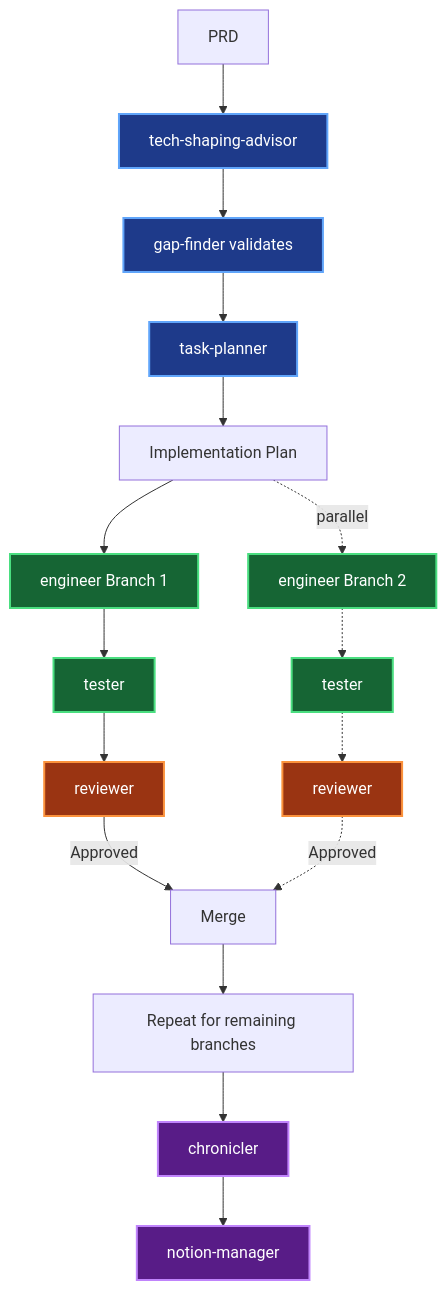
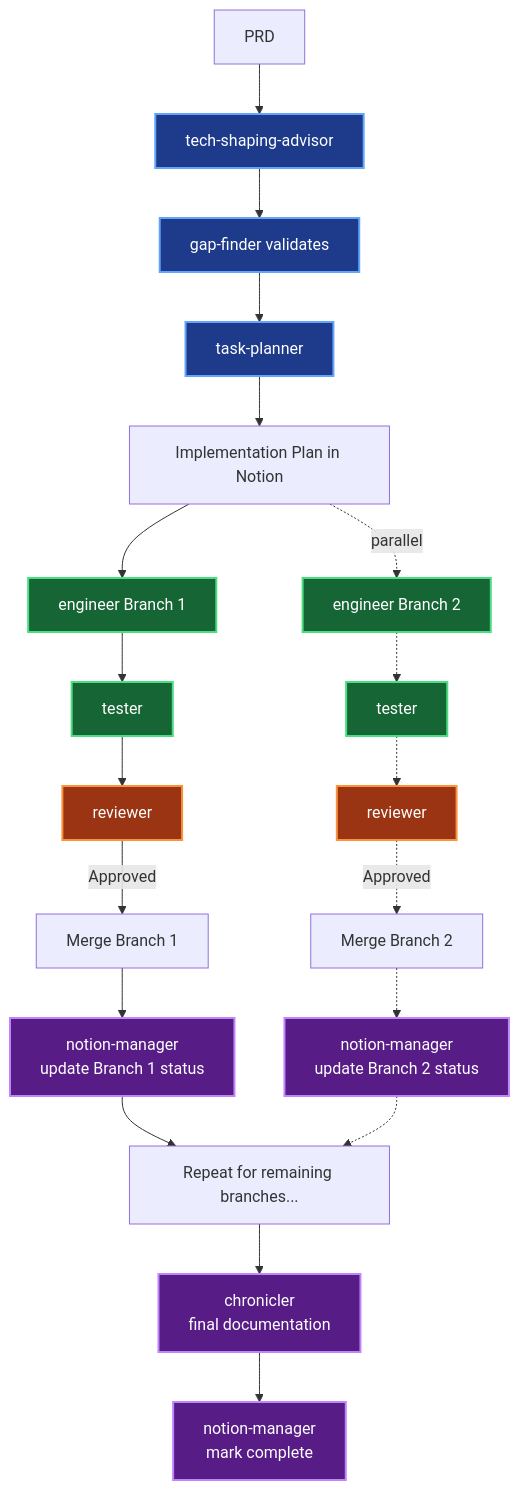
One commit to andymai/claude-agent-team changed the diagram in README.md. Above: the diagram before and after it, drawn with Mermaid.

Commit message:
Show incremental Notion status updates per branch
- notion-manager updates status after each branch merge
- Separate merge nodes for each branch (not single merge point)
- chronicler creates final docs after all branches complete
- Better represents continuous project tracking workflow

````diff
--- a/README.md
+++ b/README.md
@@ -96,33 +96,38 @@
 ```mermaid
 graph TD
     A[PRD] --> B[tech-shaping-advisor]
     B --> C[gap-finder validates]
     C --> D[task-planner]
-    D --> E[Implementation Plan]
+    D --> E[Implementation Plan in Notion]
 
     E --> F[engineer Branch 1]
     E -.->|parallel| G[engineer Branch 2]
 
     F --> H[tester]
     G -.-> I[tester]
 
     H --> J[reviewer]
     I -.-> K[reviewer]
 
-    J -->|Approved| L[Merge]
-    K -.->|Approved| L
+    J -->|Approved| L[Merge Branch 1]
+    K -.->|Approved| M[Merge Branch 2]
 
-    L --> M[Repeat for remaining branches]
-    M --> N[chronicler]
-    N --> O[notion-manager]
+    L --> N[notion-manager<br/>update Branch 1 status]
+    M -.-> O[notion-manager<br/>update Branch 2 status]
+
+    N --> P[Repeat for remaining branches...]
+    O -.-> P
+
+    P --> Q[chronicler<br/>final documentation]
+    Q --> R[notion-manager<br/>mark complete]
 
     classDef planning fill:#1e3a8a,stroke:#60a5fa,stroke-width:2px,color:#fff
     classDef implementing fill:#166534,stroke:#4ade80,stroke-width:2px,color:#fff
     classDef reviewing fill:#9a3412,stroke:#fb923c,stroke-width:2px,color:#fff
     classDef documenting fill:#581c87,stroke:#c084fc,stroke-width:2px,color:#fff
 
     class B,C,D planning
     class F,G,H,I implementing
     class J,K reviewing
-    class N,O documenting
+    class N,O,Q,R documenting
 ```
````
